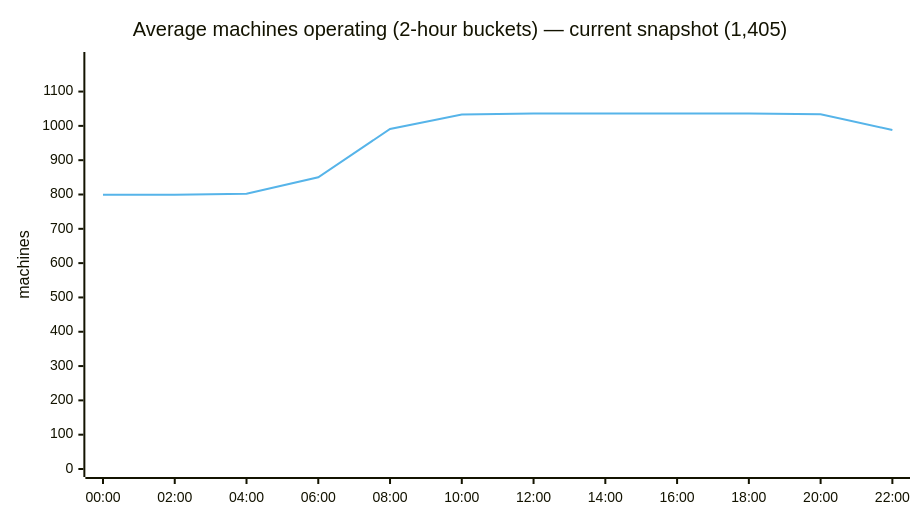
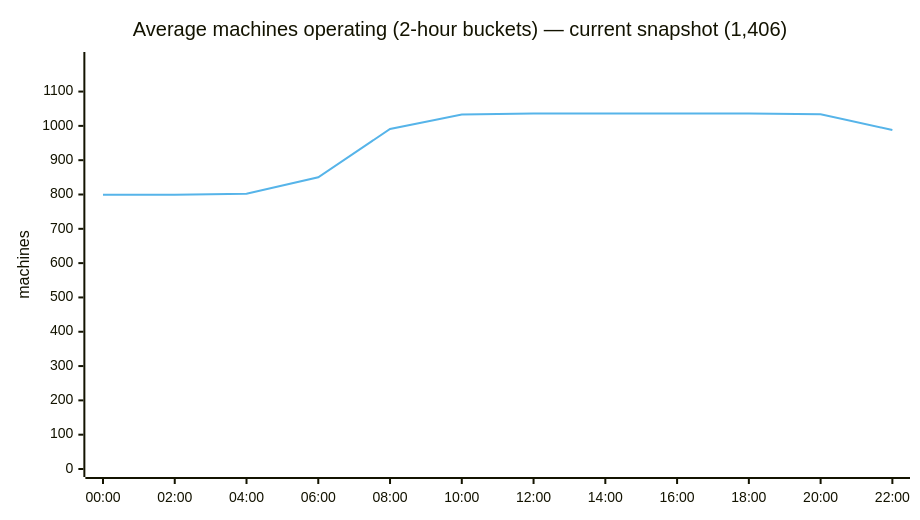
Before and after one commit to cheeaun/returnright-data: the second of 5 diagrams in ANALYSIS.md, drawn with Mermaid. The commit also changed other lines of this file and 4 other files, not shown here.

````diff
--- a/ANALYSIS.md
+++ b/ANALYSIS.md
@@ -64,15 +64,15 @@
 ```mermaid
 ---
 config:
   themeVariables:
     xyChart:
       plotColorPalette: "#56B4E9"
   xyChart:
     width: 900
 ---
 xychart-beta
-    title "Average machines operating (2-hour buckets) — current snapshot (1,405)"
+    title "Average machines operating (2-hour buckets) — current snapshot (1,406)"
     x-axis ["00:00", "02:00", "04:00", "06:00", "08:00", "10:00", "12:00", "14:00", "16:00", "18:00", "20:00", "22:00"]
     y-axis "machines" 0 --> 1192
     line [799, 799, 802, 850, 991, 1033, 1036, 1036, 1036, 1036, 1034, 988]
 ```
````
